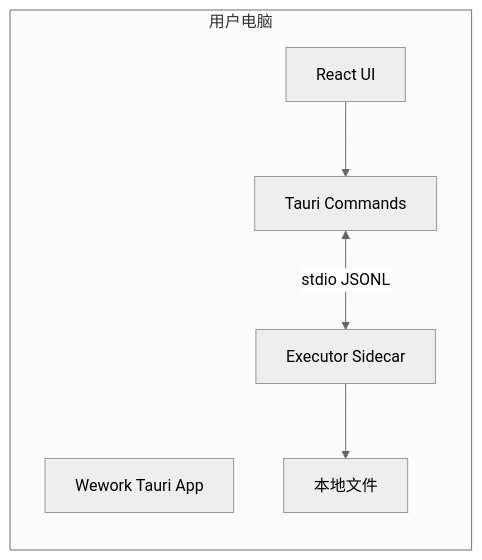
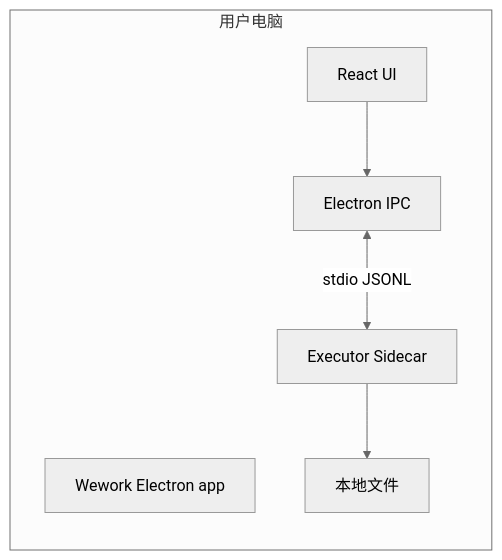
The second of 8 diagrams in i18n/zh/docusaurus-plugin-content-docs/current/wegent/developer-guide/local-device-architecture.md (wecode-ai/wegent-docs), drawn with Mermaid (neutral theme) before and after one commit. The commit also changed other lines of this file and 49 other files, not shown here.

````diff
--- a/i18n/zh/docusaurus-plugin-content-docs/current/wegent/developer-guide/local-device-architecture.md
+++ b/i18n/zh/docusaurus-plugin-content-docs/current/wegent/developer-guide/local-device-architecture.md
@@ -43,14 +43,14 @@
 ```mermaid
 flowchart LR
     subgraph "用户电脑"
-        APP["Wework Tauri App"]
+        APP["Wework Electron app"]
         UI["React UI"]
-        TAURI["Tauri Commands"]
+        ELECTRON["Electron IPC"]
         EX["Executor Sidecar"]
         FS["本地文件"]
     end
 
-    UI --> TAURI
-    TAURI <-->|"stdio JSONL"| EX
+    UI --> ELECTRON
+    ELECTRON <-->|"stdio JSONL"| EX
     EX --> FS
 ```
````
